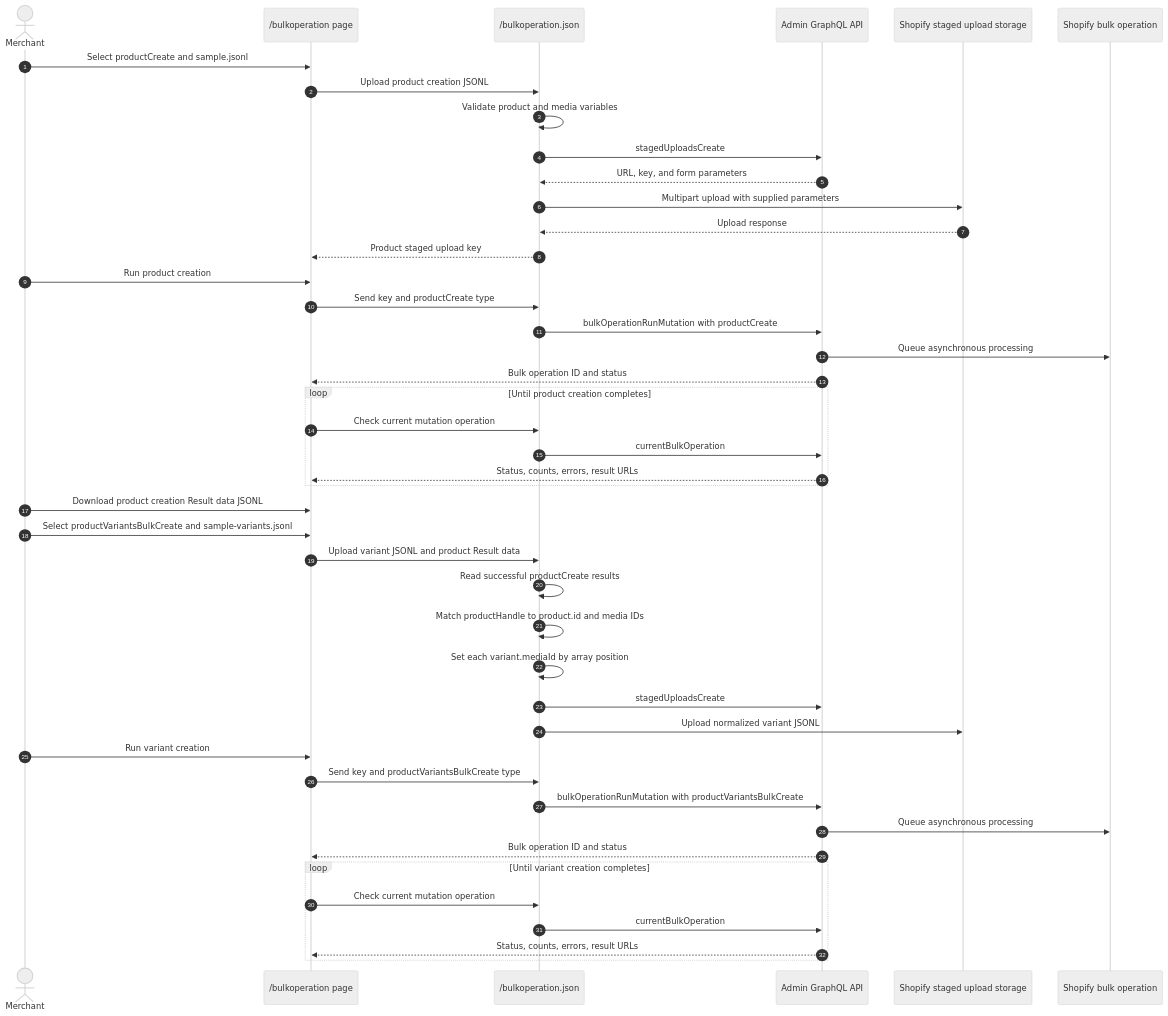
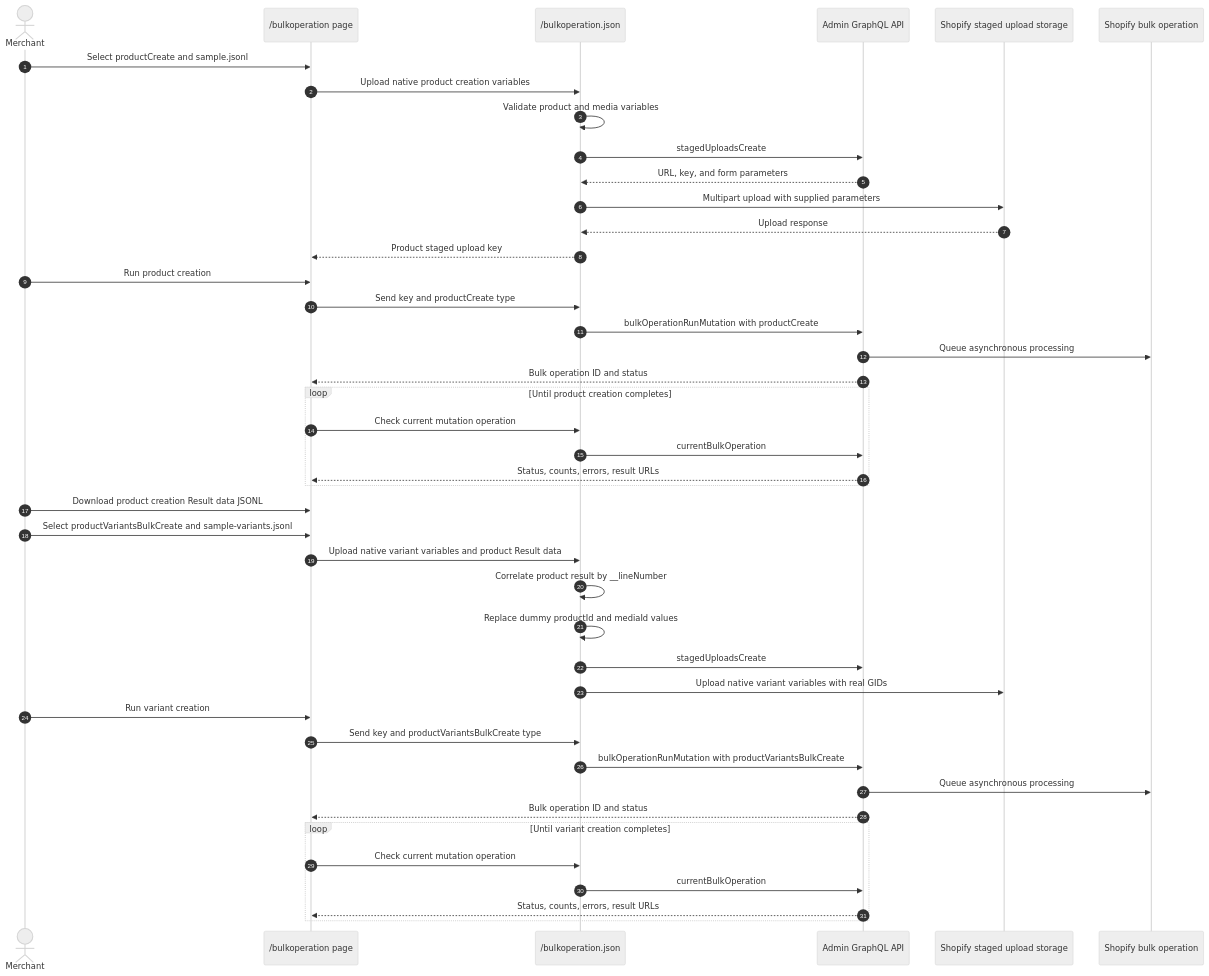
One commit to benzookapi/shopify-barebone-app-sample changed the diagram in docs/14-bulkoperation.md. Above: the diagram before and after it, drawn with Mermaid (neutral theme). The commit also changed other lines of this file, not shown here.

Commit message:
Document native bulk variant ID mapping

````diff
--- a/docs/14-bulkoperation.md
+++ b/docs/14-bulkoperation.md
@@ -16,47 +20,46 @@
 ```mermaid
 sequenceDiagram
     autonumber
     actor Merchant
     participant UI as /bulkoperation page
     participant App as /bulkoperation.json
     participant API as Admin GraphQL API
     participant Storage as Shopify staged upload storage
     participant Worker as Shopify bulk operation
 
     Merchant->>UI: Select productCreate and sample.jsonl
-    UI->>App: Upload product creation JSONL
+    UI->>App: Upload native product creation variables
     App->>App: Validate product and media variables
     App->>API: stagedUploadsCreate
     API-->>App: URL, key, and form parameters
     App->>Storage: Multipart upload with supplied parameters
     Storage-->>App: Upload response
     App-->>UI: Product staged upload key
     Merchant->>UI: Run product creation
     UI->>App: Send key and productCreate type
     App->>API: bulkOperationRunMutation with productCreate
     API->>Worker: Queue asynchronous processing
     API-->>UI: Bulk operation ID and status
     loop Until product creation completes
         UI->>App: Check current mutation operation
         App->>API: currentBulkOperation
         API-->>UI: Status, counts, errors, result URLs
     end
     Merchant->>UI: Download product creation Result data JSONL
     Merchant->>UI: Select productVariantsBulkCreate and sample-variants.jsonl
-    UI->>App: Upload variant JSONL and product Result data
-    App->>App: Read successful productCreate results
-    App->>App: Match productHandle to product.id and media IDs
-    App->>App: Set each variant.mediaId by array position
+    UI->>App: Upload native variant variables and product Result data
+    App->>App: Correlate product result by __lineNumber
+    App->>App: Replace dummy productId and mediaId values
     App->>API: stagedUploadsCreate
-    App->>Storage: Upload normalized variant JSONL
+    App->>Storage: Upload native variant variables with real GIDs
     Merchant->>UI: Run variant creation
     UI->>App: Send key and productVariantsBulkCreate type
     App->>API: bulkOperationRunMutation with productVariantsBulkCreate
     API->>Worker: Queue asynchronous processing
     API-->>UI: Bulk operation ID and status
     loop Until variant creation completes
         UI->>App: Check current mutation operation
         App->>API: currentBulkOperation
         API-->>UI: Status, counts, errors, result URLs
     end
 ```
````
